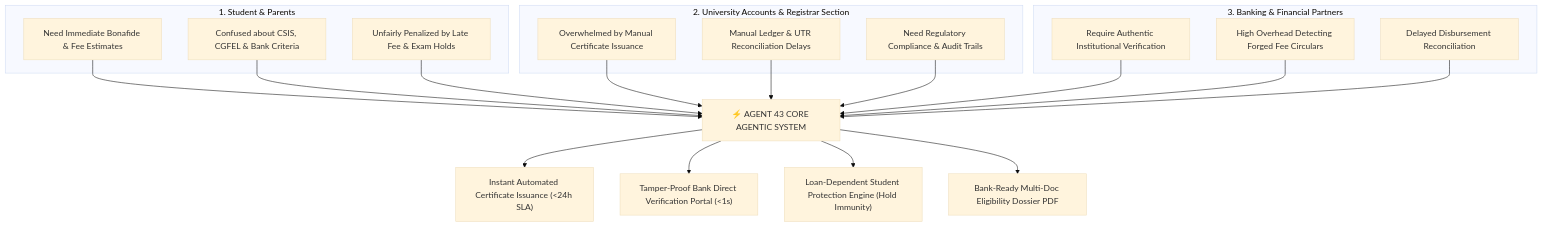
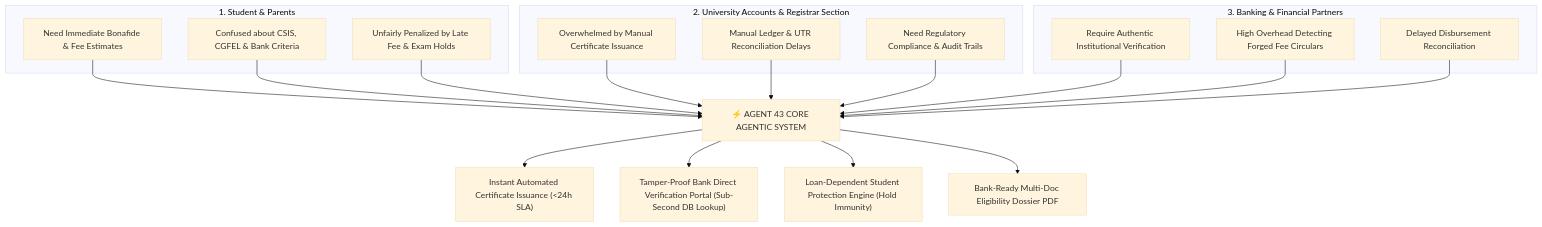
The first of 3 diagrams in HACKATHON_WORKFLOW.md (tejasaisuragani5-netizen/EduLoan_AI), drawn with Mermaid (base theme) before and after one commit. The commit also changed other lines of this file and 7 other files, not shown here.

````diff
--- a/HACKATHON_WORKFLOW.md
+++ b/HACKATHON_WORKFLOW.md
@@ -24,29 +24,29 @@
 ```mermaid
 flowchart TD
     subgraph S1["1. Student & Parents"]
         ST1["Need Immediate Bonafide & Fee Estimates"]
         ST2["Confused about CSIS, CGFEL & Bank Criteria"]
         ST3["Unfairly Penalized by Late Fee & Exam Holds"]
     end
 
     subgraph S2["2. University Accounts & Registrar Section"]
         UN1["Overwhelmed by Manual Certificate Issuance"]
         UN2["Manual Ledger & UTR Reconciliation Delays"]
         UN3["Need Regulatory Compliance & Audit Trails"]
     end
 
     subgraph S3["3. Banking & Financial Partners"]
         BK1["Require Authentic Institutional Verification"]
         BK2["High Overhead Detecting Forged Fee Circulars"]
         BK3["Delayed Disbursement Reconciliation"]
     end
 
     ST1 & ST2 & ST3 --> AGENT["⚡ AGENT 43 CORE AGENTIC SYSTEM"]
     UN1 & UN2 & UN3 --> AGENT
     BK1 & BK2 & BK3 --> AGENT
 
     AGENT --> OUT1["Instant Automated Certificate Issuance (<24h SLA)"]
-    AGENT --> OUT2["Tamper-Proof Bank Direct Verification Portal (<1s)"]
+    AGENT --> OUT2["Tamper-Proof Bank Direct Verification Portal (Sub-Second DB Lookup)"]
     AGENT --> OUT3["Loan-Dependent Student Protection Engine (Hold Immunity)"]
     AGENT --> OUT4["Bank-Ready Multi-Doc Eligibility Dossier PDF"]
 ```
````
